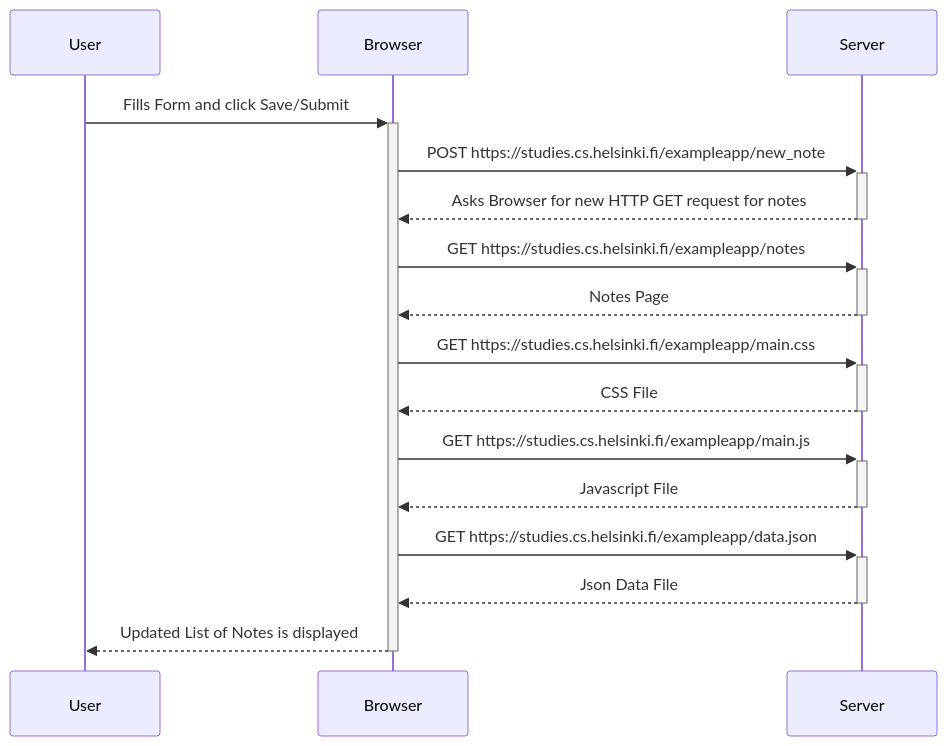
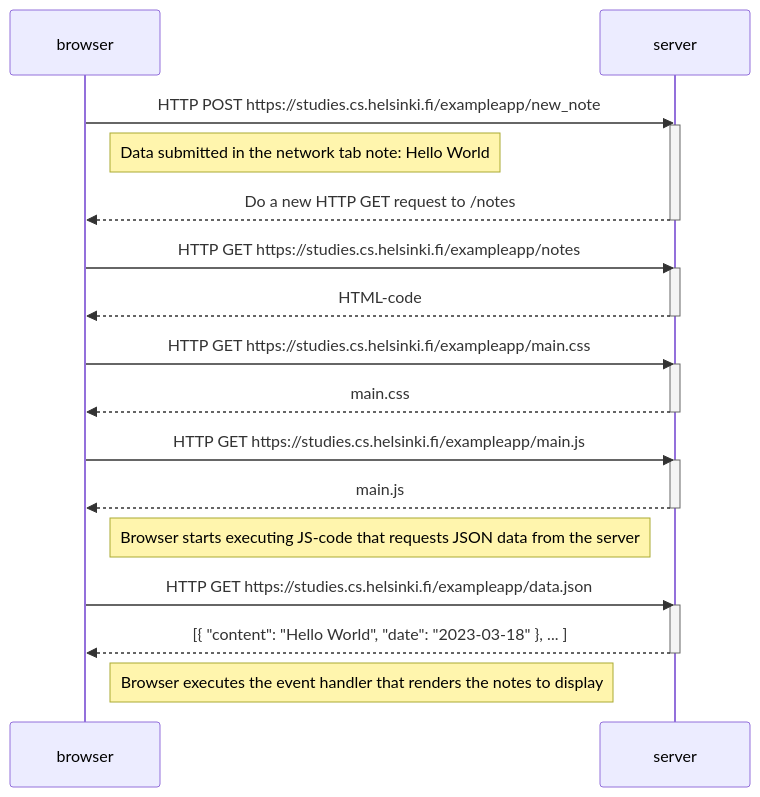
Before and after one commit to Nandana-Santhosh/fullstackopen: the diagram in part0_0.6.md, drawn with Mermaid.

````diff
--- a/part0_0.6.md
+++ b/part0_0.6.md
@@ -2,19 +2,34 @@
 ```mermaid
 sequenceDiagram
-    participant User
-    participant Browser
-    participant Server
-    User->>+Browser: Fills Form and click Save/Submit
-    Browser->>+Server: POST https://studies.cs.helsinki.fi/exampleapp/new_note
-    Server-->>-Browser: Asks Browser for new HTTP GET request for notes
-    Browser->>+Server: GET https://studies.cs.helsinki.fi/exampleapp/notes
-    Server-->>-Browser: Notes Page
-    Browser->>+Server: GET https://studies.cs.helsinki.fi/exampleapp/main.css
-    Server-->>-Browser: CSS File
-    Browser->>+Server: GET https://studies.cs.helsinki.fi/exampleapp/main.js
-    Server-->>-Browser: Javascript File
-    Browser->>+Server: GET https://studies.cs.helsinki.fi/exampleapp/data.json
-    Server-->>-Browser: Json Data File
-    Browser-->>-User: Updated List of Notes is displayed
+    participant browser
+    participant server
 
+    browser->>server: HTTP POST https://studies.cs.helsinki.fi/exampleapp/new_note
+    activate server
+    Note right of browser: Data submitted in the network tab note: Hello World
+    server-->>browser: Do a new HTTP GET request to /notes
+    deactivate server
+    
+    browser->>server: HTTP GET https://studies.cs.helsinki.fi/exampleapp/notes
+    activate server
+    server-->>browser: HTML-code
+    deactivate server
+    
+    browser->>server: HTTP GET https://studies.cs.helsinki.fi/exampleapp/main.css
+    activate server
+    server-->>browser: main.css
+    deactivate server
+
+    browser->>server: HTTP GET https://studies.cs.helsinki.fi/exampleapp/main.js
+    activate server
+    server-->>browser: main.js
+    deactivate server
+    Note right of browser: Browser starts executing JS-code that requests JSON data from the server
+
+    browser->>server: HTTP GET https://studies.cs.helsinki.fi/exampleapp/data.json
+    activate server
+    server-->>browser: [{ "content": "Hello World", "date": "2023-03-18" }, ... ]
+    deactivate server
+
+    Note right of browser: Browser executes the event handler that renders the notes to display
 ```
````
